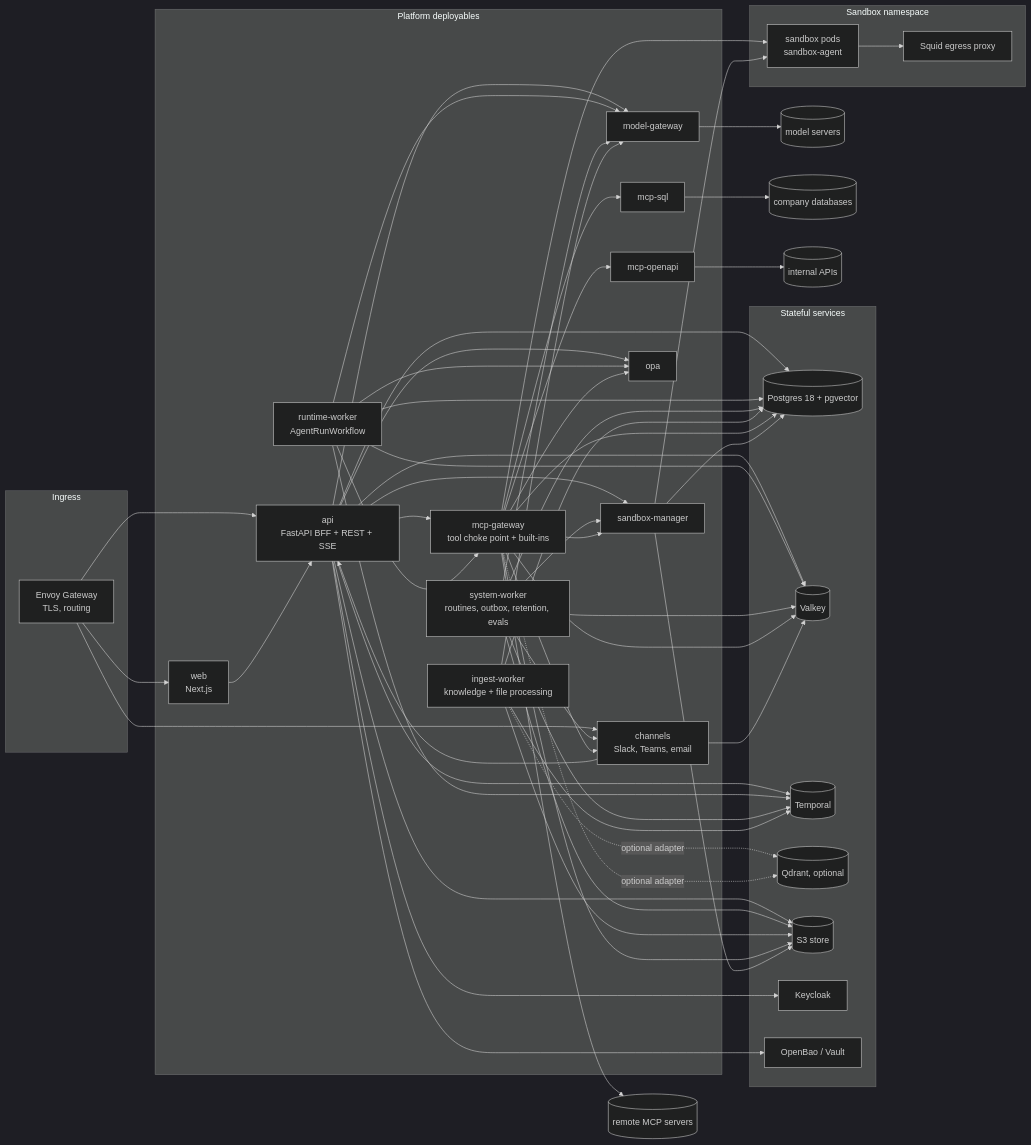
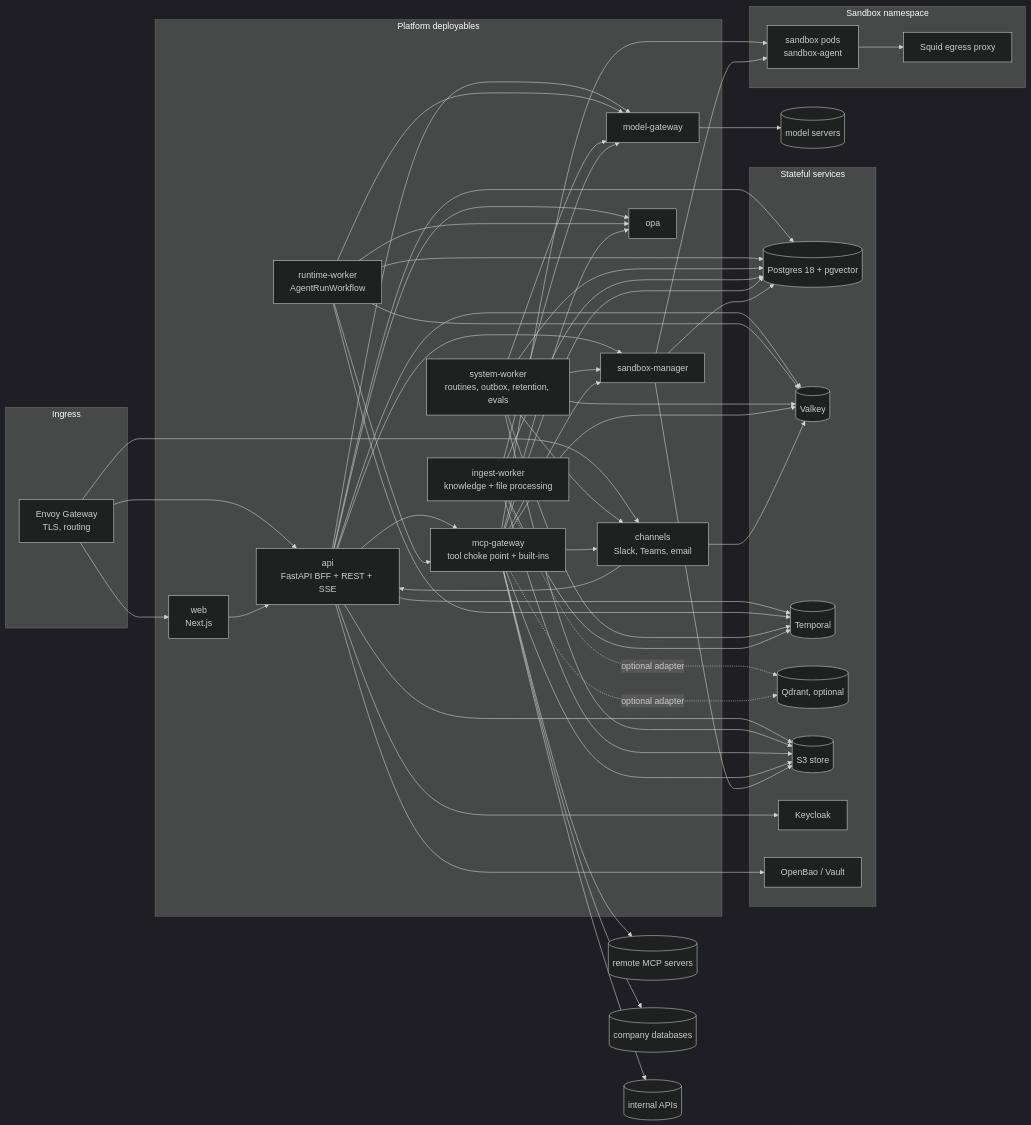
One commit to vundavallibalakrishna/agentic-runtime changed the second of 2 diagrams in docs/02-architecture/system-context.md. Above: the diagram before and after it, drawn with Mermaid (dark theme). The commit also changed 62 other files, not shown here.

````diff
--- a/docs/02-architecture/system-context.md
+++ b/docs/02-architecture/system-context.md
@@ -40,49 +40,47 @@
 ```mermaid
 flowchart LR
   subgraph edge[Ingress]
     ING[Envoy Gateway<br/>TLS, routing]
   end
   subgraph app[Platform deployables]
     WEB[web<br/>Next.js]
     API[api<br/>FastAPI BFF + REST + SSE]
     RT[runtime-worker<br/>AgentRunWorkflow]
     SYS[system-worker<br/>routines, outbox, retention, evals]
     ING2[ingest-worker<br/>knowledge + file processing]
     MG[model-gateway]
     MCPG[mcp-gateway<br/>tool choke point + built-ins]
     SBM[sandbox-manager]
     CHN[channels<br/>Slack, Teams, email]
-    SQL[mcp-sql]
-    OAPI[mcp-openapi]
     OPA[opa]
   end
   subgraph data[Stateful services]
     PG[(Postgres 18 + pgvector)]
     VK[(Valkey)]
     TMP[(Temporal)]
     QD[(Qdrant, optional)]
     S3[(S3 store)]
     KC[Keycloak]
     BAO[OpenBao / Vault]
   end
   subgraph sbx[Sandbox namespace]
     SA[sandbox pods<br/>sandbox-agent]
     SQ[Squid egress proxy]
   end
   ING --> WEB & API & CHN
   WEB --> API
   API --> PG & VK & TMP & S3 & KC & BAO & MG & MCPG & SBM & OPA
   RT --> PG & VK & TMP & MG & MCPG & OPA
   SYS --> PG & VK & TMP & S3 & MG & SBM & CHN
   ING2 --> PG & TMP & S3 & MG
   ING2 -.->|optional adapter| QD
-  MCPG --> PG & VK & OPA & S3 & SBM & SA & SQL & OAPI & CHN
+  MCPG --> PG & VK & OPA & S3 & SBM & SA & CHN
   MCPG -.->|optional adapter| QD
   SBM --> PG & S3 & SA
   SA --> SQ
   CHN --> API & VK
   MG --> LLMs[(model servers)]
   MCPG --> EXT[(remote MCP servers)]
-  SQL --> DBS[(company databases)]
-  OAPI --> APIS[(internal APIs)]
+  MCPG --> DBS[(company databases)]
+  MCPG --> APIS[(internal APIs)]
 ```
````
